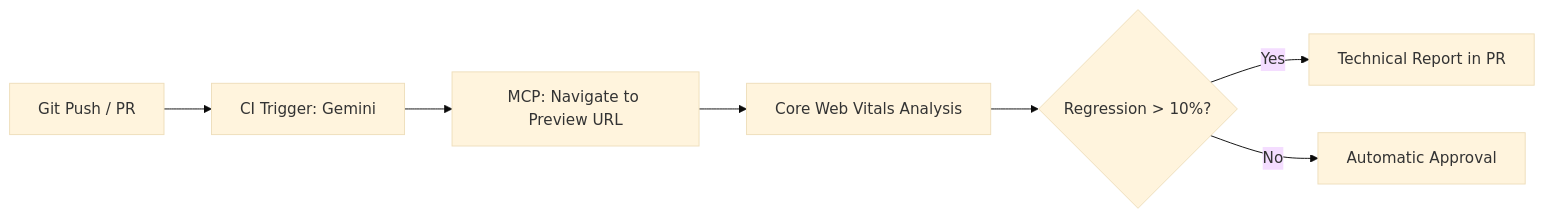
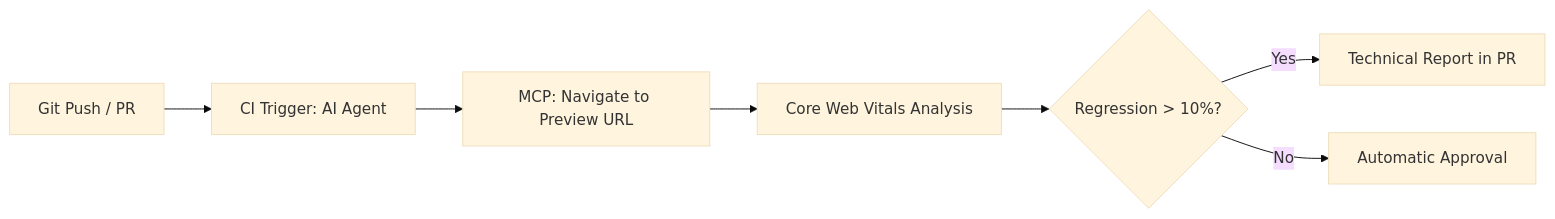
One commit to nucliweb/webperf-debugging-devtools-mcp changed the first of 2 diagrams in docs/workflows.md. Above: the diagram before and after it, drawn with Mermaid (base theme). The commit also changed other lines of this file and 38 other files, not shown here.

````diff
--- a/docs/workflows.md
+++ b/docs/workflows.md
@@ -9,9 +9,9 @@
 ```mermaid
 graph LR
-    A[Git Push / PR] --> B[CI Trigger: Gemini]
+    A[Git Push / PR] --> B[CI Trigger: AI Agent]
     B --> C[MCP: Navigate to Preview URL]
     C --> D[Core Web Vitals Analysis]
     D --> E{Regression > 10%?}
     E -- Yes --> F[Technical Report in PR]
     E -- No --> G[Automatic Approval]
 ```
````
